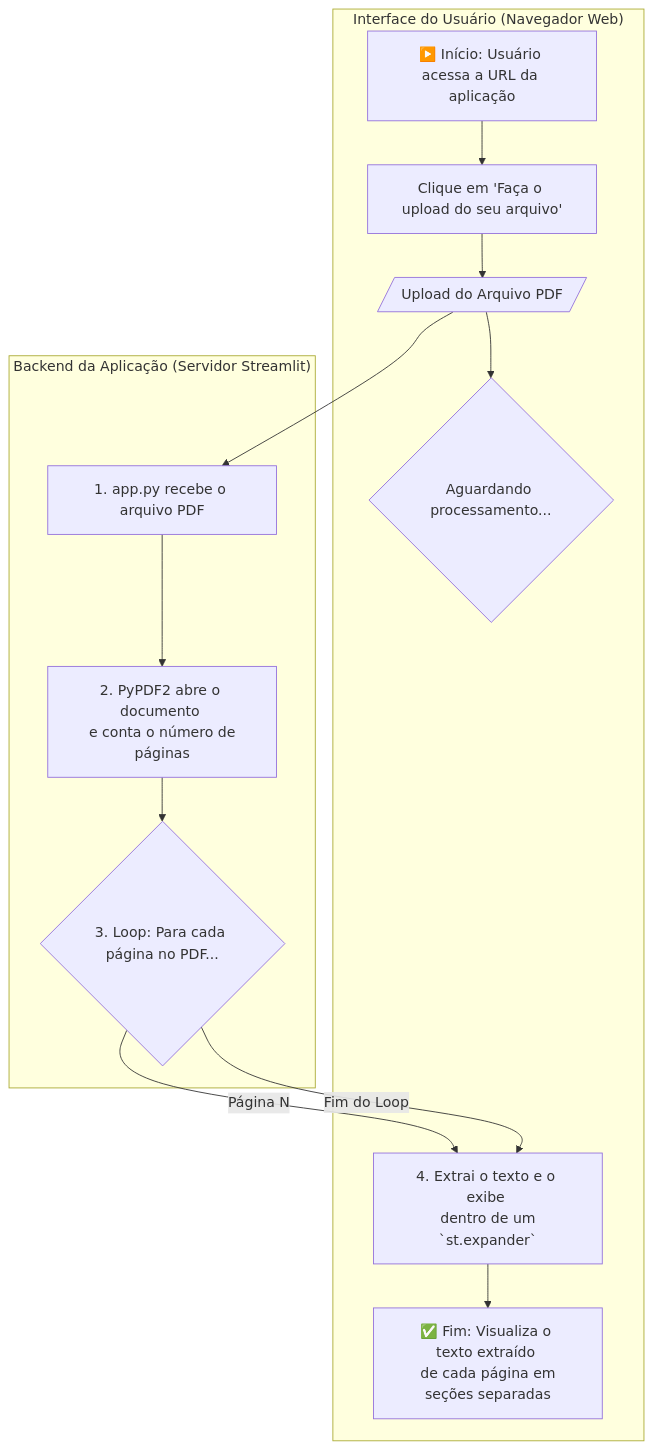
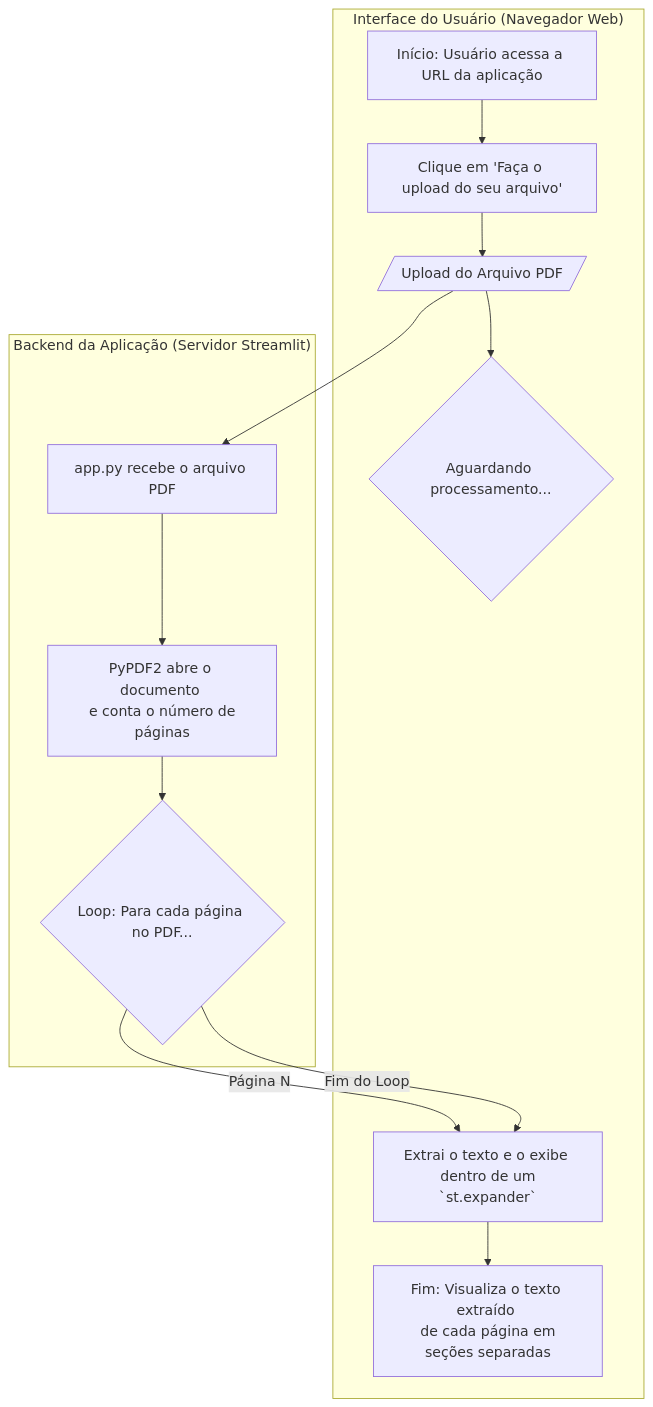
Before and after one commit to mulinco/extrator-pdf-streamlit: the diagram in README.md, drawn with Mermaid.

````diff
--- a/README.md
+++ b/README.md
@@ -13,20 +13,20 @@
 ```mermaid
 %% Diagrama de Fluxo para o projeto extrator-pdf-streamlit
-%% Corrigido por Gemini
+%% Versão Simplificada - Corrigido por Gemini
 
 graph TD;
     subgraph "Interface do Usuário (Navegador Web)"
-        A[▶️ Início: Usuário acessa a URL da aplicação] --> B["Clique em 'Faça o upload do seu arquivo'"];
+        A[Início: Usuário acessa a URL da aplicação] --> B["Clique em 'Faça o upload do seu arquivo'"];
         B --> C[/Upload do Arquivo PDF/];
         C --> D{Aguardando processamento...};
-        H --> I[✅ Fim: Visualiza o texto extraído <br/> de cada página em seções separadas];
+        H --> I[Fim: Visualiza o texto extraído <br/> de cada página em seções separadas];
     end
 
     subgraph "Backend da Aplicação (Servidor Streamlit)"
-        C --> E[1. app.py recebe o arquivo PDF];
-        E --> F["2. PyPDF2 abre o documento <br/> e conta o número de páginas"];
-        F --> G{3. Loop: Para cada página no PDF...};
-        G --Página N--> H[4. Extrai o texto e o exibe <br/> dentro de um `st.expander`];
+        C --> E[app.py recebe o arquivo PDF];
+        E --> F["PyPDF2 abre o documento <br/> e conta o número de páginas"];
+        F --> G{Loop: Para cada página no PDF...};
+        G --Página N--> H["Extrai o texto e o exibe <br/> dentro de um `st.expander`"];
         G --Fim do Loop--> H;
     end
 ```
````
